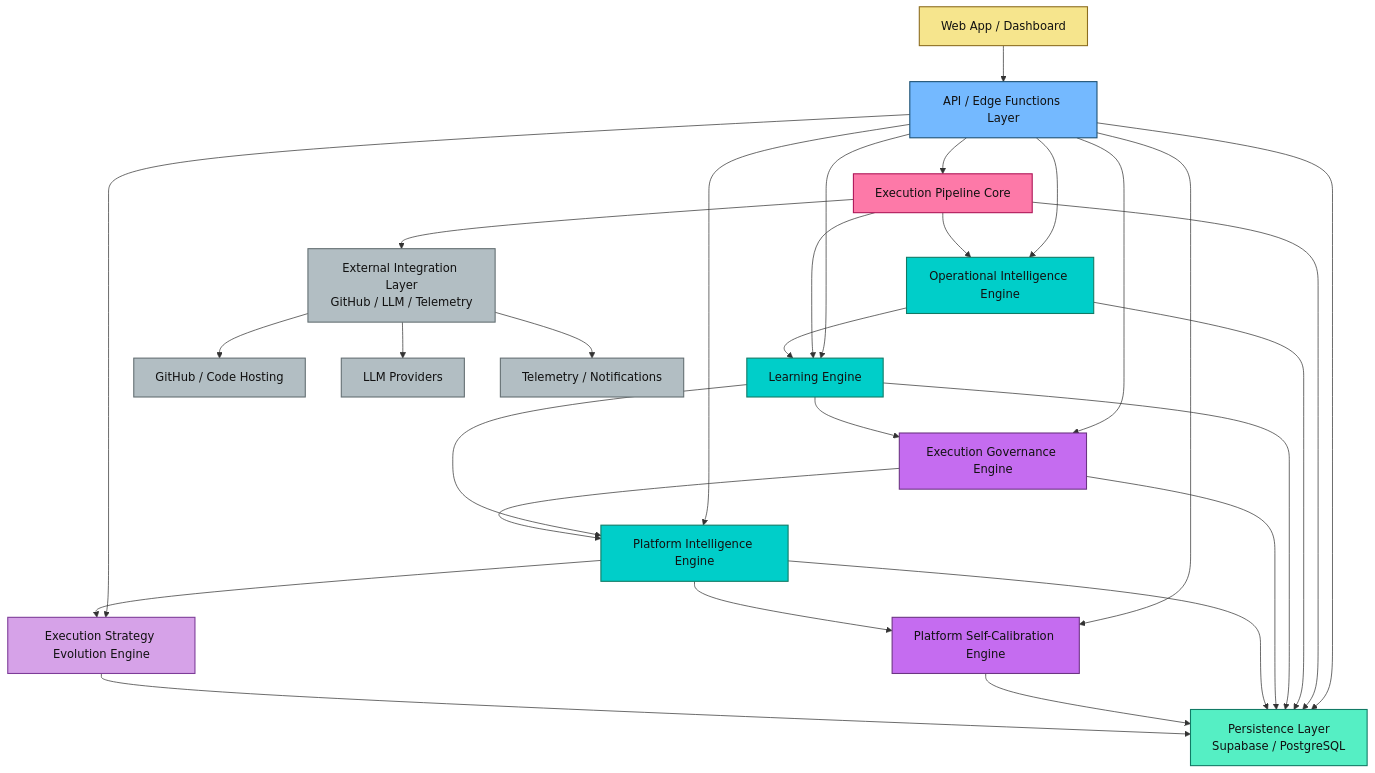
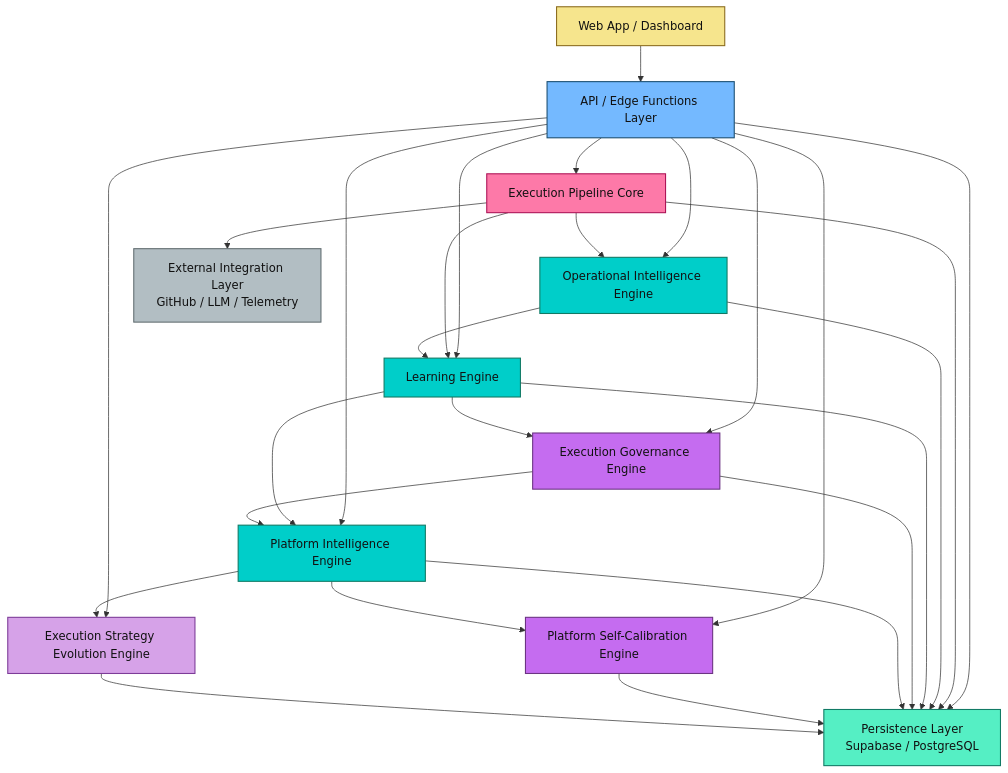
The second of 4 diagrams in docs/ARCHITECTURE.md (zansued/axionos), drawn with Mermaid before and after one commit. The commit also changed other lines of this file and 1 other file, not shown here.

Commit message:
Simplified ARCHITECTURE and GOVERNANCE

````diff
--- a/docs/ARCHITECTURE.md
+++ b/docs/ARCHITECTURE.md
@@ -94,62 +86,57 @@
 ```mermaid
 flowchart TB
     UI["Web App / Dashboard"]:::human
     API["API / Edge Functions Layer"]:::core
 
     Core["Execution Pipeline Core"]:::runtime
     OI["Operational Intelligence Engine"]:::intelligence
     Learn["Learning Engine"]:::intelligence
     Gov["Execution Governance Engine"]:::governance
     PI["Platform Intelligence Engine"]:::intelligence
     Calib["Platform Self-Calibration Engine"]:::governance
     Strat["Execution Strategy Evolution Engine"]:::strategic
 
     Data["Persistence Layer\nSupabase / PostgreSQL"]:::data
     Ext["External Integration Layer\nGitHub / LLM / Telemetry"]:::external
 
     UI --> API
-
     API --> Core
     API --> OI
     API --> Learn
     API --> Gov
     API --> PI
     API --> Calib
     API --> Strat
     API --> Data
 
     Core --> OI
     Core --> Learn
     Core --> Data
     Core --> Ext
 
     OI --> Learn
     OI --> Data
 
     Learn --> Gov
     Learn --> PI
     Learn --> Data
 
     Gov --> PI
     Gov --> Data
 
     PI --> Calib
     PI --> Strat
     PI --> Data
 
     Calib --> Data
     Strat --> Data
 
-    Ext --> GitHub["GitHub / Code Hosting"]:::external
-    Ext --> Models["LLM Providers"]:::external
-    Ext --> Telemetry["Telemetry / Notifications"]:::external
-
     classDef human fill:#F6E58D,stroke:#8C6D1F,color:#111,stroke-width:1.5px;
     classDef core fill:#74B9FF,stroke:#1B4F72,color:#111,stroke-width:1.5px;
     classDef governance fill:#C56CF0,stroke:#6C3483,color:#111,stroke-width:1.5px;
     classDef intelligence fill:#00CEC9,stroke:#117A65,color:#111,stroke-width:1.5px;
     classDef runtime fill:#FD79A8,stroke:#AD1457,color:#111,stroke-width:1.5px;
     classDef strategic fill:#D6A2E8,stroke:#7D3C98,color:#111,stroke-width:1.5px;
     classDef data fill:#55EFC4,stroke:#117A65,color:#111,stroke-width:1.5px;
     classDef external fill:#B2BEC3,stroke:#636E72,color:#111,stroke-width:1.5px;
 ```
````
